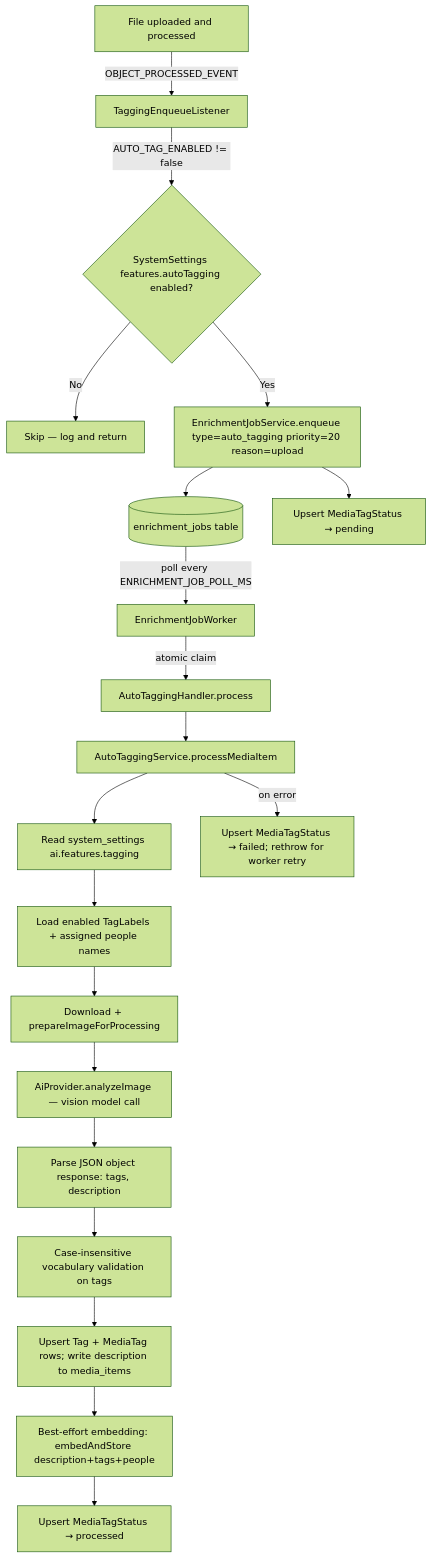
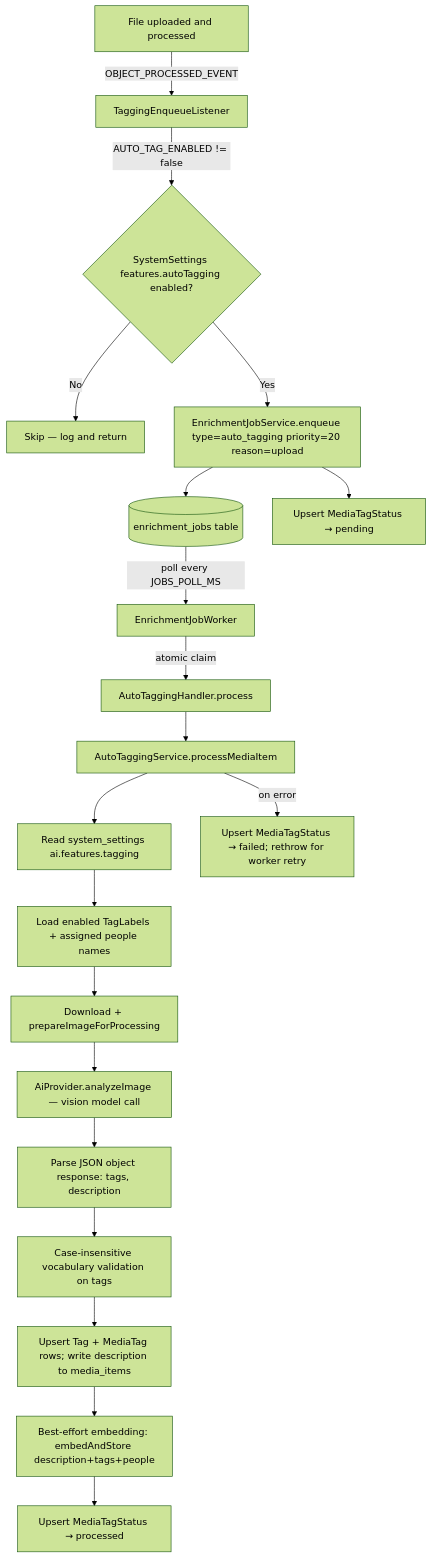
One commit to marinoscar/MemoriaHub changed the diagram in docs/specs/auto-tagging.md. Above: the diagram before and after it, drawn with Mermaid (forest theme). The commit also changed other lines of this file and 11 other files, not shown here.

````diff
--- a/docs/specs/auto-tagging.md
+++ b/docs/specs/auto-tagging.md
@@ -63,22 +63,22 @@
 ```mermaid
 flowchart TD
     A[File uploaded and processed] -->|OBJECT_PROCESSED_EVENT| B[TaggingEnqueueListener]
     B -->|AUTO_TAG_ENABLED != false| C{SystemSettings features.autoTagging enabled?}
     C -->|No| D[Skip — log and return]
     C -->|Yes| E[EnrichmentJobService.enqueue type=auto_tagging priority=20 reason=upload]
     E --> F[(enrichment_jobs table)]
     E --> G[Upsert MediaTagStatus → pending]
-    F -->|poll every ENRICHMENT_JOB_POLL_MS| H[EnrichmentJobWorker]
+    F -->|poll every JOBS_POLL_MS| H[EnrichmentJobWorker]
     H -->|atomic claim| I[AutoTaggingHandler.process]
     I --> J[AutoTaggingService.processMediaItem]
     J --> K[Read system_settings ai.features.tagging]
     K --> L[Load enabled TagLabels + assigned people names]
     L --> M[Download + prepareImageForProcessing]
     M --> N[AiProvider.analyzeImage — vision model call]
     N --> O[Parse JSON object response: tags, description]
     O --> P[Case-insensitive vocabulary validation on tags]
     P --> Q[Upsert Tag + MediaTag rows; write description to media_items]
     Q --> R[Best-effort embedding: embedAndStore description+tags+people]
     R --> S[Upsert MediaTagStatus → processed]
     J -->|on error| T[Upsert MediaTagStatus → failed; rethrow for worker retry]
 ```
````
